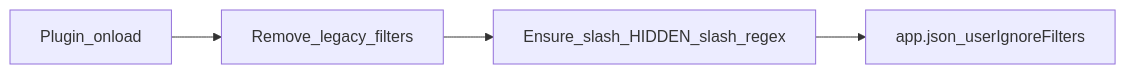
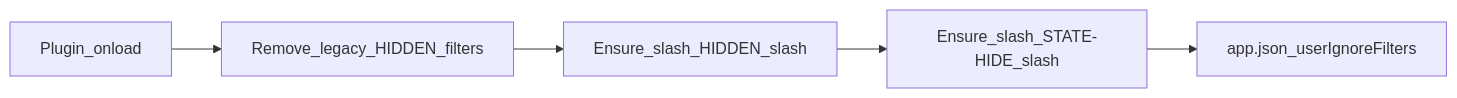
Before and after one commit to daledesilva/obsidian_project-browser: the first of 3 diagrams in docs/hide-from-search-graph.md, drawn with Mermaid. The commit also changed other lines of this file and 31 other files, not shown here.

Commit message:
added: Split manual [HIDDEN] from state [STATE-HIDE] hide suffixes so context-menu and state-driven hides no longer overwrite each other. Fixed state editor persistence for hideFromSearchGraph, added unit and e2e tests, and corrected the open-browser e2e command id.

````diff
--- a/docs/hide-from-search-graph.md
+++ b/docs/hide-from-search-graph.md
@@ -45,6 +61,7 @@
 ```mermaid
 flowchart LR
-    Load[Plugin_onload] --> Migrate[Remove_legacy_filters]
-    Migrate --> Ensure[Ensure_slash_HIDDEN_slash_regex]
-    Ensure --> Config[app.json_userIgnoreFilters]
+    Load[Plugin_onload] --> Migrate[Remove_legacy_HIDDEN_filters]
+    Migrate --> EnsureManual[Ensure_slash_HIDDEN_slash]
+    EnsureManual --> EnsureState[Ensure_slash_STATE-HIDE_slash]
+    EnsureState --> Config[app.json_userIgnoreFilters]
 ```
````
